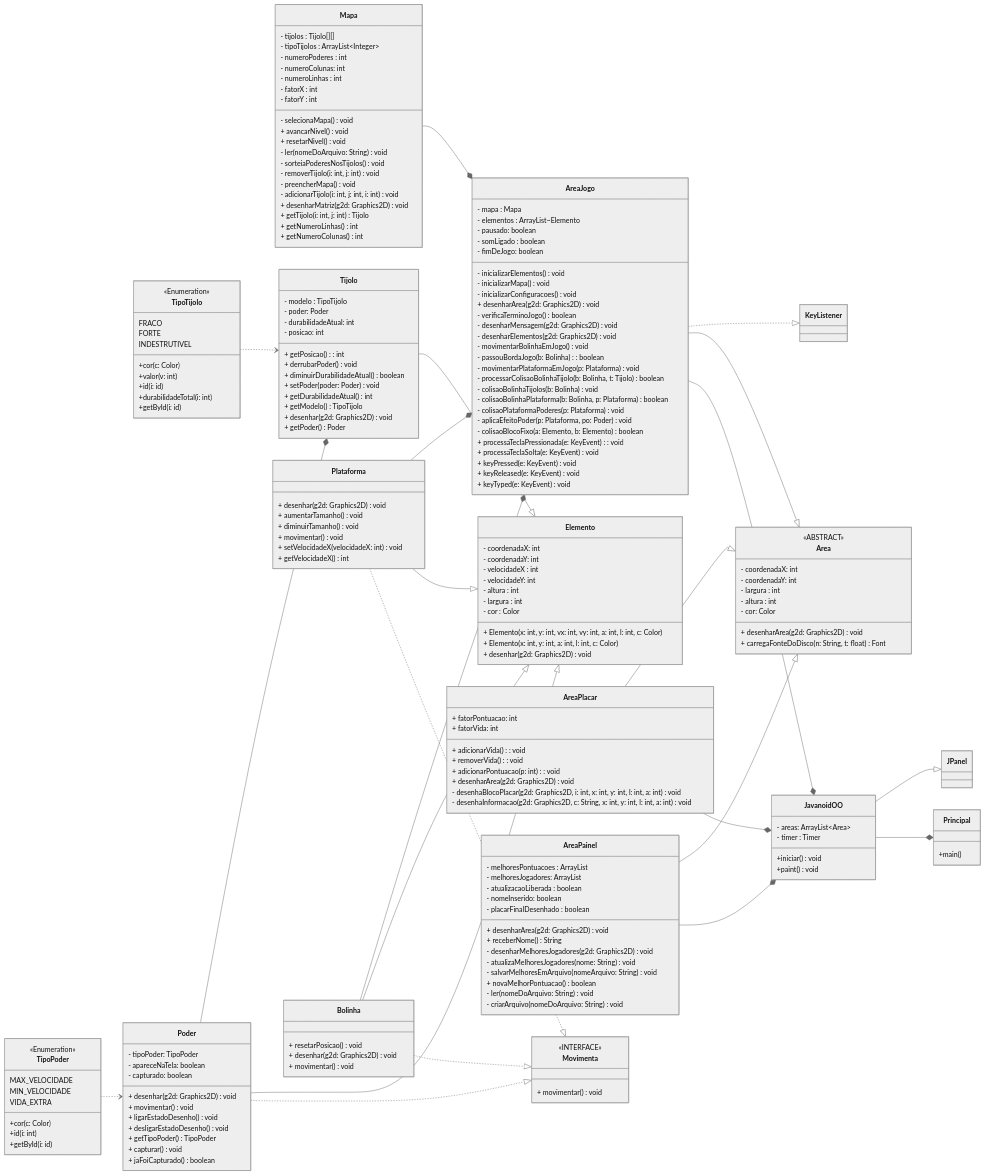
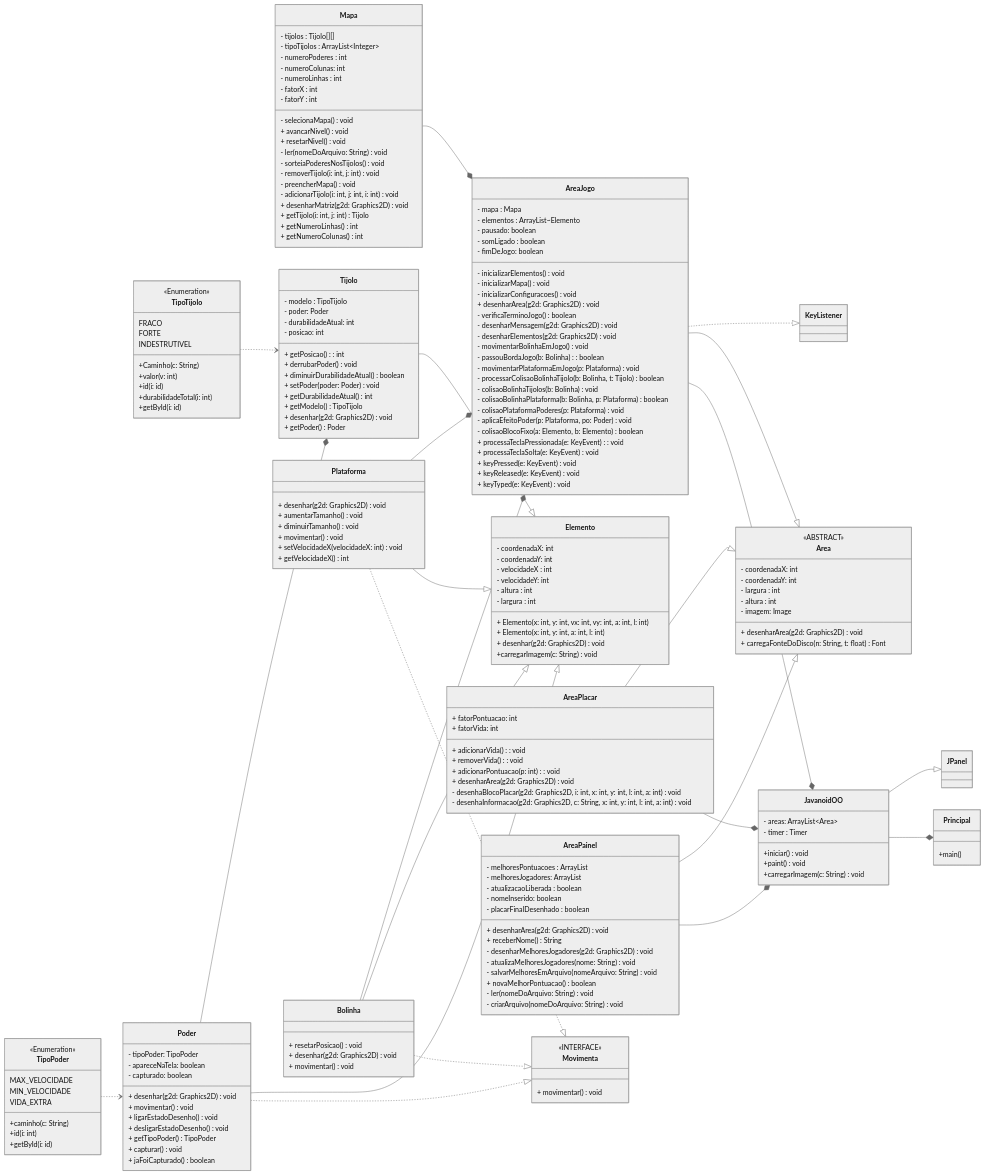
Before and after one commit to atugharajohn/JavanoidOO: the diagram in readme.md, drawn with Mermaid (neutral theme). The commit also changed other lines of this file and 1 other file, not shown here.

Commit message:
diagrama final

```diff
--- a/readme.md
+++ b/readme.md
@@ -37,7 +36,8 @@
         - areas:  ArrayList~Area~
         - timer : Timer                 
         +iniciar() void              
-        +paint() void                     
+        +paint() void       
+        +carregarImagem(c: String) void          
         }
 
    
@@ -46,7 +46,7 @@
         FRACO
         FORTE
         INDESTRUTIVEL
-        +cor(c: Color)
+        +Caminho(c: String)
         +valor(v: int)
         +id(i: id)
         +durabilidadeTotal(i: int)
@@ -73,7 +73,7 @@
         MAX_VELOCIDADE
         MIN_VELOCIDADE
         VIDA_EXTRA
-        +cor (c: Color)
+        +caminho (c: String)
         +id (i: int)
         +getById(i: id)
     }
@@ -114,10 +114,10 @@
         - velocidadeY:  int
         - altura : int
         - largura : int
-        - cor : Color
-        + Elemento(x: int, y: int, vx: int, vy: int, a: int, l: int, c: Color)
-        + Elemento(x: int, y: int, a: int, l: int, c: Color)
+        + Elemento(x: int, y: int, vx: int, vy: int, a: int, l: int)
+        + Elemento(x: int, y: int, a: int, l: int)
         + desenhar(g2d: Graphics2D) void
+        +carregarImagem(c: String) void
 
     }
 
@@ -189,7 +189,7 @@
     - coordenadaY:  int
     - largura : int
     - altura : int
-    - cor:  Color
+    - imagem: Image
     + desenharArea(g2d: Graphics2D) void
     + carregaFonteDoDisco(n: String, t: float) Font
 }
```
